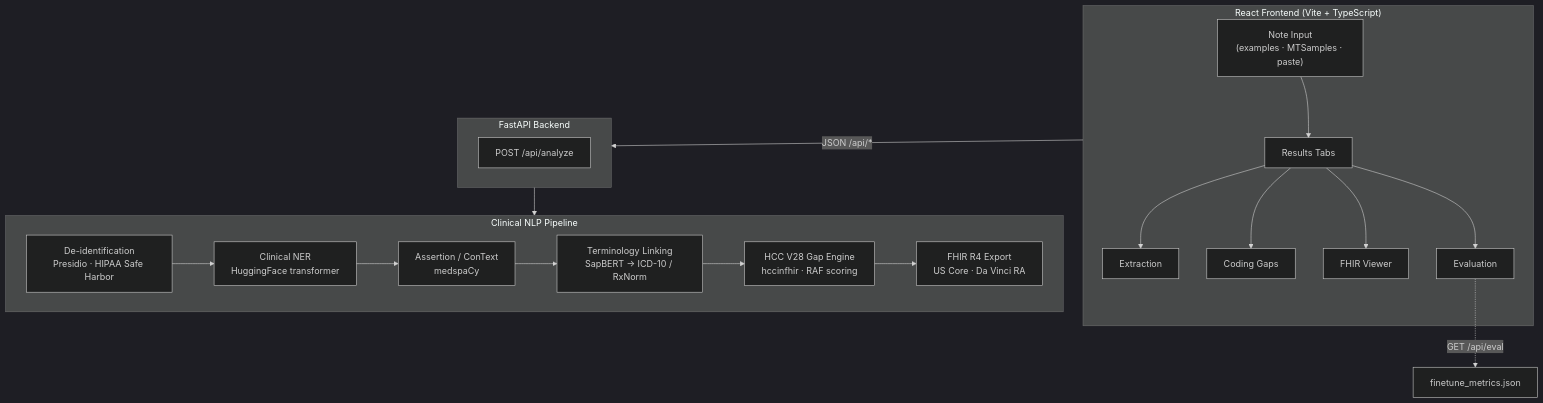
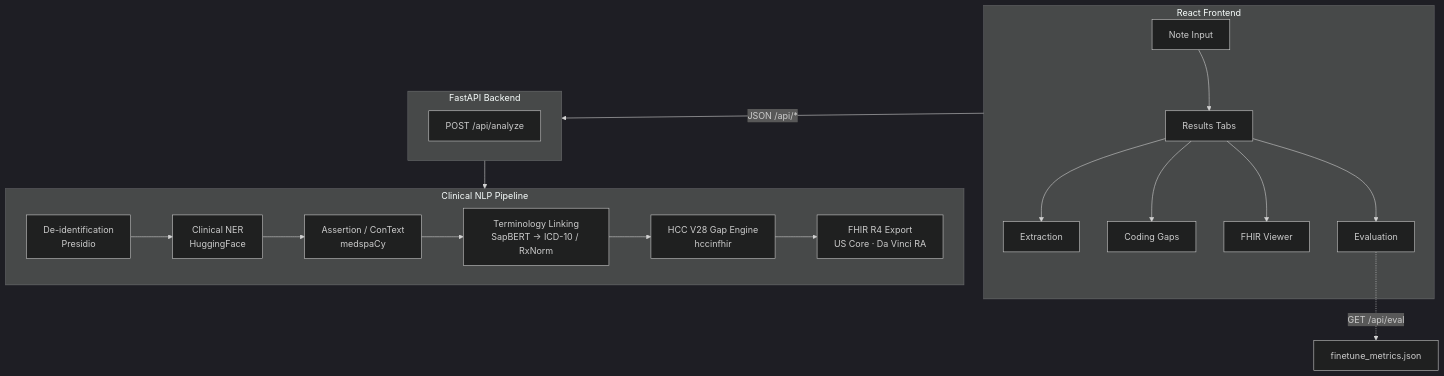
One commit to Daivya-Shah/chartscope changed the diagram in README.md. Above: the diagram before and after it, drawn with Mermaid (dark theme). The commit also changed other lines of this file, not shown here.

````diff
--- a/README.md
+++ b/README.md
@@ -15,31 +116,31 @@
 ```mermaid
 flowchart TB
-    subgraph UI["React Frontend (Vite + TypeScript)"]
-        NoteInput["Note Input\n(examples · MTSamples · paste)"]
+    subgraph UI["React Frontend"]
+        NoteInput["Note Input"]
         Tabs["Results Tabs"]
         Extraction["Extraction"]
         Gaps["Coding Gaps"]
         FHIR["FHIR Viewer"]
         Eval["Evaluation"]
         NoteInput --> Tabs
         Tabs --> Extraction & Gaps & FHIR & Eval
     end
 
     subgraph API["FastAPI Backend"]
         Analyze["POST /api/analyze"]
     end
 
     subgraph Pipeline["Clinical NLP Pipeline"]
-        Deid["De-identification\nPresidio · HIPAA Safe Harbor"]
-        NER["Clinical NER\nHuggingFace transformer"]
+        Deid["De-identification\nPresidio"]
+        NER["Clinical NER\nHuggingFace"]
         Context["Assertion / ConText\nmedspaCy"]
         Link["Terminology Linking\nSapBERT → ICD-10 / RxNorm"]
-        HCC["HCC V28 Gap Engine\nhccinfhir · RAF scoring"]
+        HCC["HCC V28 Gap Engine\nhccinfhir"]
         Export["FHIR R4 Export\nUS Core · Da Vinci RA"]
         Deid --> NER --> Context --> Link --> HCC --> Export
     end
 
     UI -->|"JSON /api/*"| API
     API --> Pipeline
     Eval -.->|"GET /api/eval"| Metrics["finetune_metrics.json"]
 ```
````
